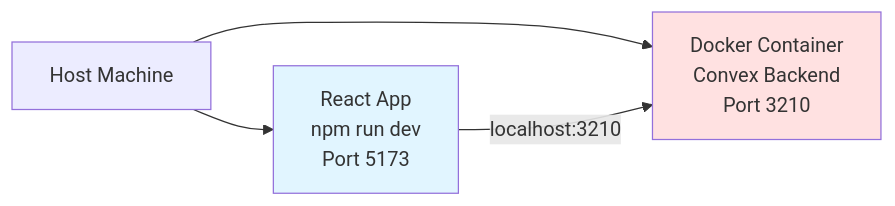
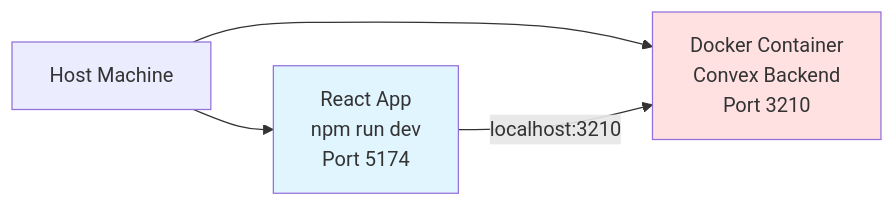
Before and after one commit to whezagl/convex-poc2: the fourth of 5 diagrams in README.md, drawn with Mermaid. The commit also changed other lines of this file, not shown here.

````diff
--- a/README.md
+++ b/README.md
@@ -375,13 +377,13 @@
 ```mermaid
 flowchart LR
     Host[Host Machine]
-    React[React App<br/>npm run dev<br/>Port 5173]
+    React[React App<br/>npm run dev<br/>Port 5174]
     Docker[Docker Container<br/>Convex Backend<br/>Port 3210]
 
     Host --> React
     Host --> Docker
     React -->|"localhost:3210"| Docker
 
     style React fill:#e1f5ff
     style Docker fill:#ffe1e1
 ```
````
